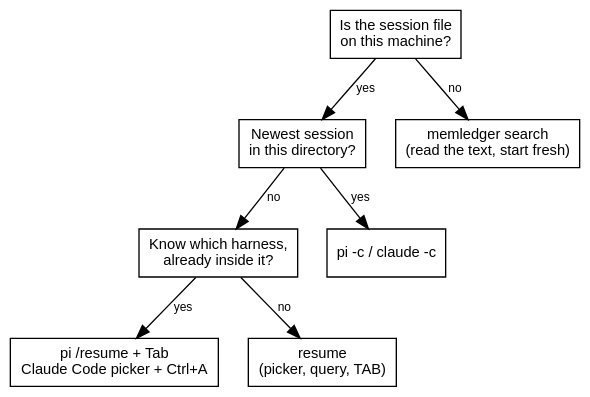
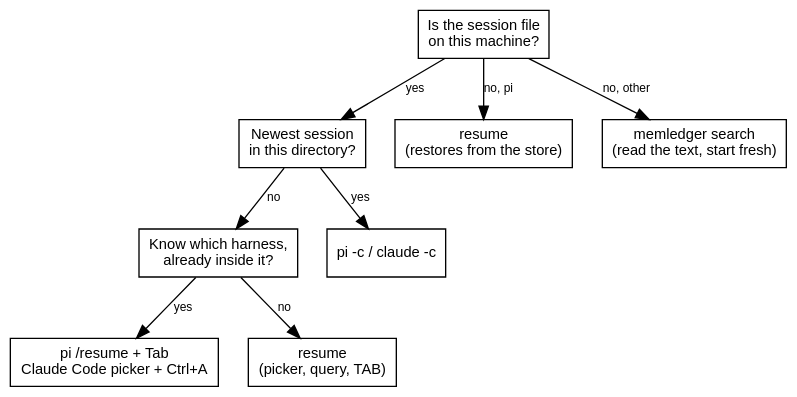
The second of 2 diagrams in src/content/docs/reference/resume-agent-sessions.mdx (erfianugrah/lexicanum), drawn with Graphviz before and after one commit. The commit also changed other lines of this file, not shown here.

First line of the commit message:
docs(resume-agent-sessions): stored sessions - list, restore, relocate, merge (v0.6.0)

````diff
--- a/src/content/docs/reference/resume-agent-sessions.mdx
+++ b/src/content/docs/reference/resume-agent-sessions.mdx
@@ -217,23 +235,25 @@
 ```dot
 digraph {
   rankdir=TB; bgcolor="transparent"; nodesep=0.3; ranksep=0.5;
   fontname="Helvetica,Arial,sans-serif";
   node [fontname="Helvetica,Arial,sans-serif", fontsize=11, shape=box];
   edge [fontname="Helvetica,Arial,sans-serif", fontsize=9];
 
   q1 [label="Is the session file\non this machine?"];
   q2 [label="Newest session\nin this directory?"];
   q3 [label="Know which harness,\nalready inside it?"];
+  st [label="resume\n(restores from the store)"];
   ml [label="memledger search\n(read the text, start fresh)"];
   c  [label="pi -c / claude -c"];
   p  [label="pi /resume + Tab\nClaude Code picker + Ctrl+A"];
   r  [label="resume\n(picker, query, TAB)"];
 
-  q1 -> ml [label="no"];
+  q1 -> st [label="no, pi"];
+  q1 -> ml [label="no, other"];
   q1 -> q2 [label="yes"];
   q2 -> c  [label="yes"];
   q2 -> q3 [label="no"];
   q3 -> p  [label="yes"];
   q3 -> r  [label="no"];
 }
 ```
````
